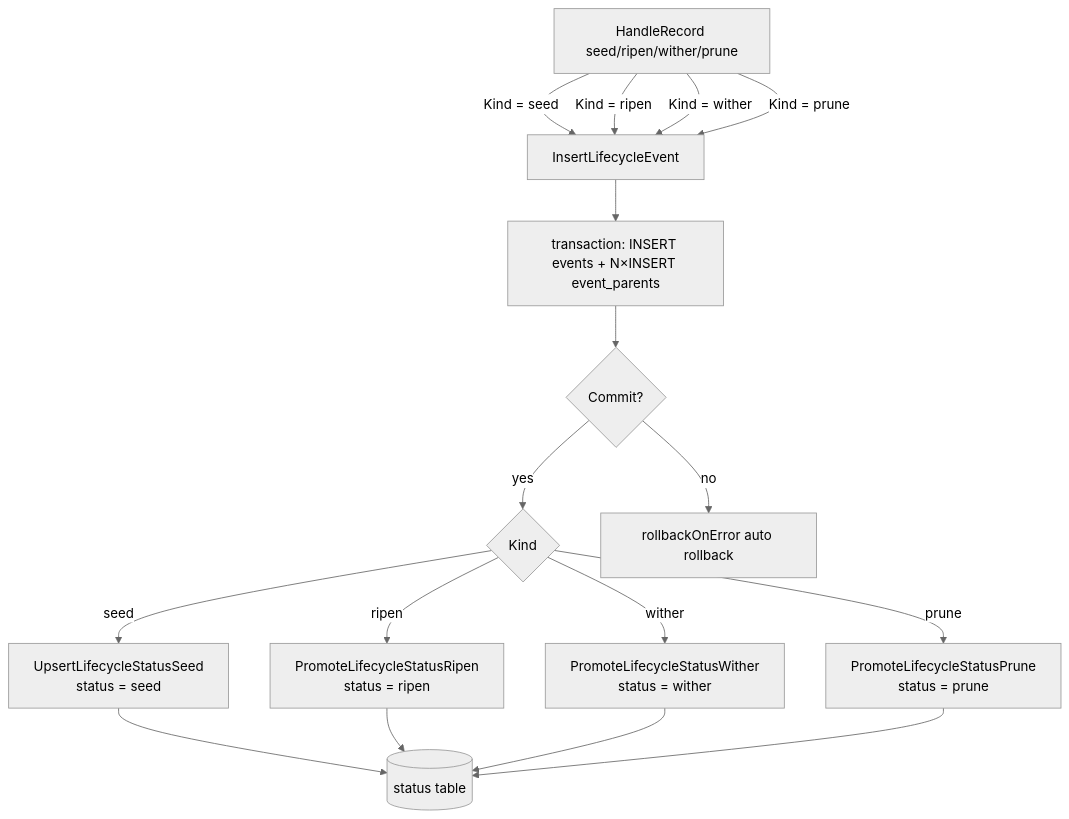
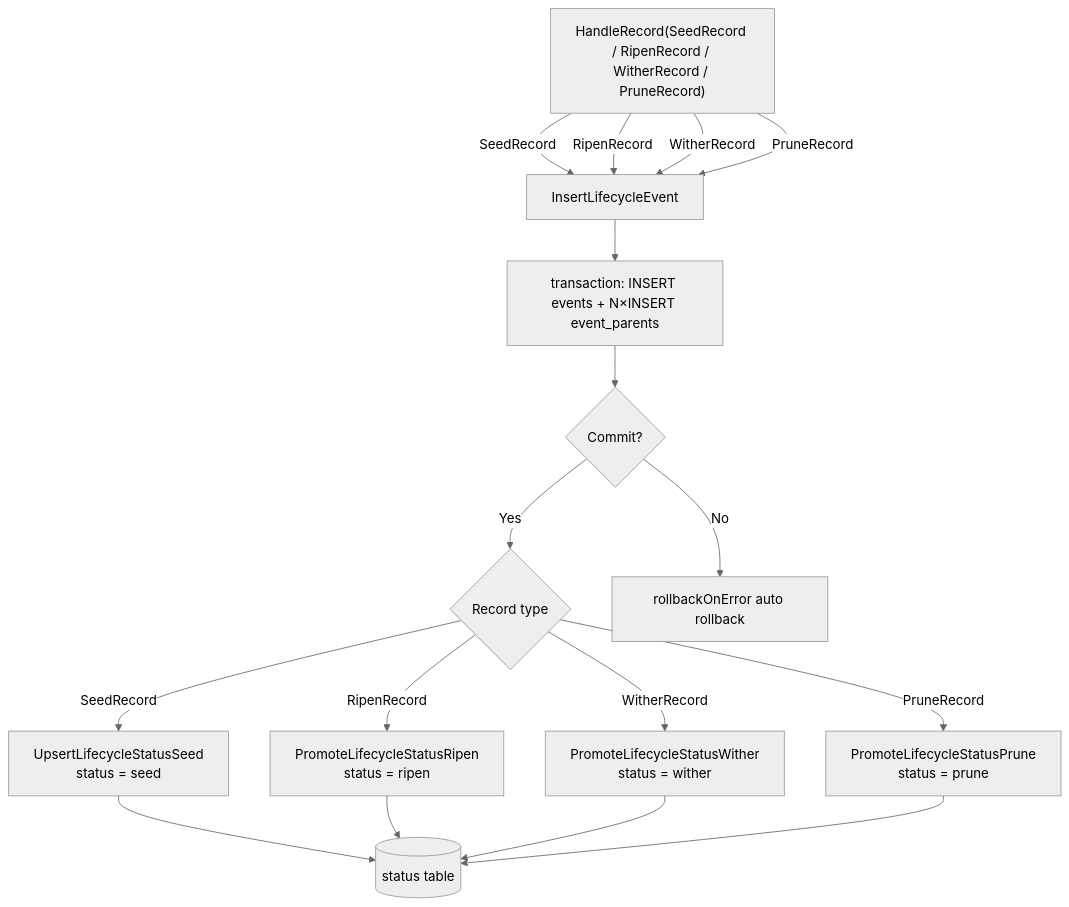
One commit to Mr-xiaotian/CelestialGrow changed the first of 2 diagrams in docs/en/pkg/persist/sqlite.md. Above: the diagram before and after it, drawn with Mermaid (neutral theme). The commit also changed other lines of this file and 99 other files, not shown here.

````diff
--- a/docs/en/pkg/persist/sqlite.md
+++ b/docs/en/pkg/persist/sqlite.md
@@ -222,19 +222,19 @@
 ```mermaid
 flowchart TD
-    A["HandleRecord seed/ripen/wither/prune"] -->|Kind = seed| B[InsertLifecycleEvent]
-    A -->|Kind = ripen| B
-    A -->|Kind = wither| B
-    A -->|Kind = prune| B
+    A["HandleRecord(SeedRecord / RipenRecord / WitherRecord / PruneRecord)"] -->|"SeedRecord"| B[InsertLifecycleEvent]
+    A -->|"RipenRecord"| B
+    A -->|"WitherRecord"| B
+    A -->|"PruneRecord"| B
     B --> C["transaction: INSERT events + N×INSERT event_parents"]
     C --> D{Commit?}
-    D -->|yes| E{Kind}
-    E -->|seed| F1[UpsertLifecycleStatusSeed<br/>status = seed]
-    E -->|ripen| F2[PromoteLifecycleStatusRipen<br/>status = ripen]
-    E -->|wither| F3[PromoteLifecycleStatusWither<br/>status = wither]
-    E -->|prune| F4[PromoteLifecycleStatusPrune<br/>status = prune]
-    D -->|no| F[rollbackOnError auto rollback]
+    D -->|Yes| E{Record type}
+    E -->|SeedRecord| F1[UpsertLifecycleStatusSeed<br/>status = seed]
+    E -->|RipenRecord| F2[PromoteLifecycleStatusRipen<br/>status = ripen]
+    E -->|WitherRecord| F3[PromoteLifecycleStatusWither<br/>status = wither]
+    E -->|PruneRecord| F4[PromoteLifecycleStatusPrune<br/>status = prune]
+    D -->|No| F[rollbackOnError auto rollback]
     F1 --> G[(status table)]
     F2 --> G
     F3 --> G
     F4 --> G
 ```
````
